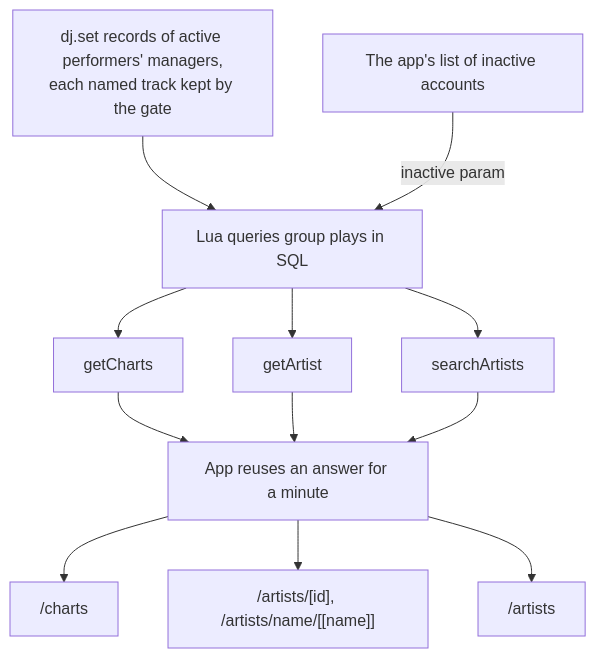
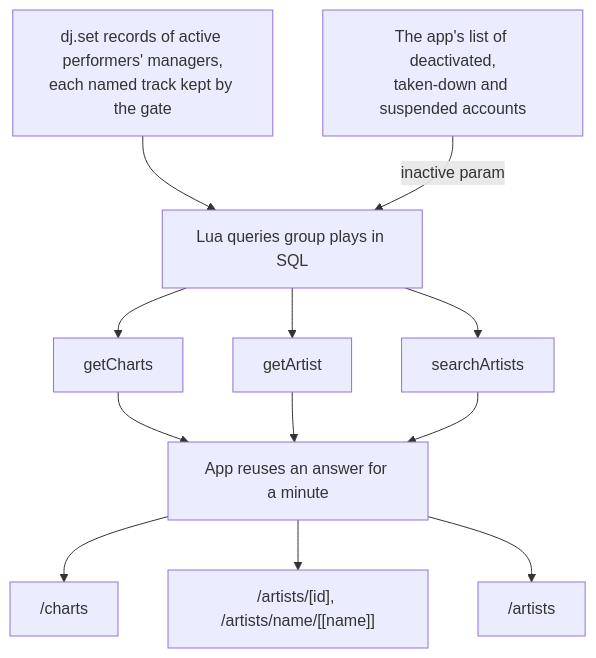
The sixth of 6 diagrams in apps/web/docs/diagrams/mixes-and-sets.md (cutenode/localnetwork), drawn with Mermaid before and after one commit. The commit also changed 90 other files, not shown here.

````diff
--- a/apps/web/docs/diagrams/mixes-and-sets.md
+++ b/apps/web/docs/diagrams/mixes-and-sets.md
@@ -118,14 +118,14 @@
 ```mermaid
 flowchart TD
   Sets["dj.set records of active performers' managers,<br/>each named track kept by the gate"] --> Sql
-  Inactive["The app's list of inactive accounts"] -- "inactive param" --> Sql["Lua queries group plays in SQL"]
+  Inactive["The app's list of deactivated,<br/>taken-down and suspended accounts"] -- "inactive param" --> Sql["Lua queries group plays in SQL"]
   Sql --> Charts["getCharts"]
   Sql --> Artist["getArtist"]
   Sql --> Search["searchArtists"]
   Charts --> Memo["App reuses an answer for a minute"]
   Artist --> Memo
   Search --> Memo
   Memo --> P1["/charts"]
   Memo --> P2["/artists/[id], /artists/name/[[name]]"]
   Memo --> P3["/artists"]
 ```
````
